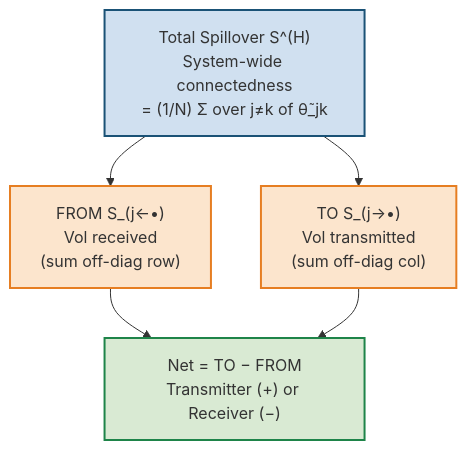
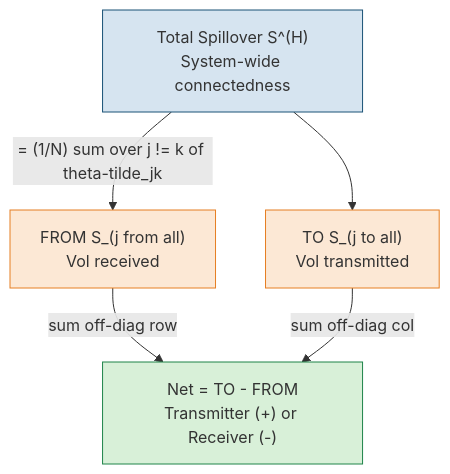
One commit to xRyann2255/ML-GS changed the second of 3 diagrams in vol-learning-guide/markdown/ch15-spillovers-connectedness.md. Above: the diagram before and after it, drawn with Mermaid. The commit also changed other lines of this file and 19 other files, not shown here.

````diff
--- a/vol-learning-guide/markdown/ch15-spillovers-connectedness.md
+++ b/vol-learning-guide/markdown/ch15-spillovers-connectedness.md
@@ -182,19 +157,16 @@
 ```mermaid
 flowchart TD
-    total["Total Spillover S^(H)<br/>System-wide connectedness<br/>= (1/N) Σ over j≠k of θ̃_jk"]
-    from["FROM  S_(j←•)<br/>Vol received<br/>(sum off-diag row)"]
-    to["TO  S_(j→•)<br/>Vol transmitted<br/>(sum off-diag col)"]
-    net["Net = TO − FROM<br/>Transmitter (+) or Receiver (−)"]
+    total["Total Spillover S^(H)<br/>System-wide connectedness"]:::topblock
+    from["FROM S_(j from all)<br/>Vol received"]:::midblock
+    to["TO S_(j to all)<br/>Vol transmitted"]:::midblock
+    net["Net = TO - FROM<br/>Transmitter (+) or Receiver (-)"]:::botblock
 
-    total --> from
+    total -->|"= (1/N) sum over j != k of theta-tilde_jk"| from
     total --> to
-    from --> net
-    to --> net
+    from -->|"sum off-diag row"| net
+    to -->|"sum off-diag col"| net
 
-    classDef topblock fill:#d0e0f0,stroke:#1a5276,stroke-width:2px;
-    classDef midblock fill:#fce5cd,stroke:#e67e22,stroke-width:2px;
-    classDef botblock fill:#d9ead3,stroke:#1e8449,stroke-width:2px;
-    class total topblock;
-    class from,to midblock;
-    class net botblock;
+    classDef topblock fill:#d6e4f0,stroke:#1a5276;
+    classDef midblock fill:#fce8d5,stroke:#e67e22;
+    classDef botblock fill:#d8f0d8,stroke:#1e8449;
 ```
````
